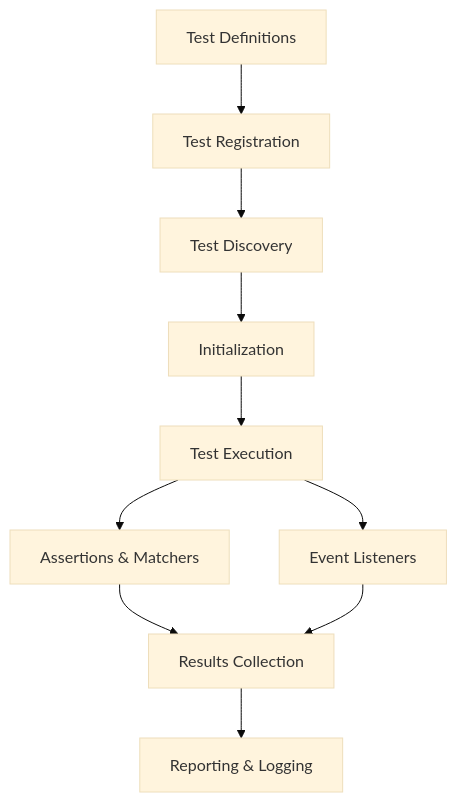
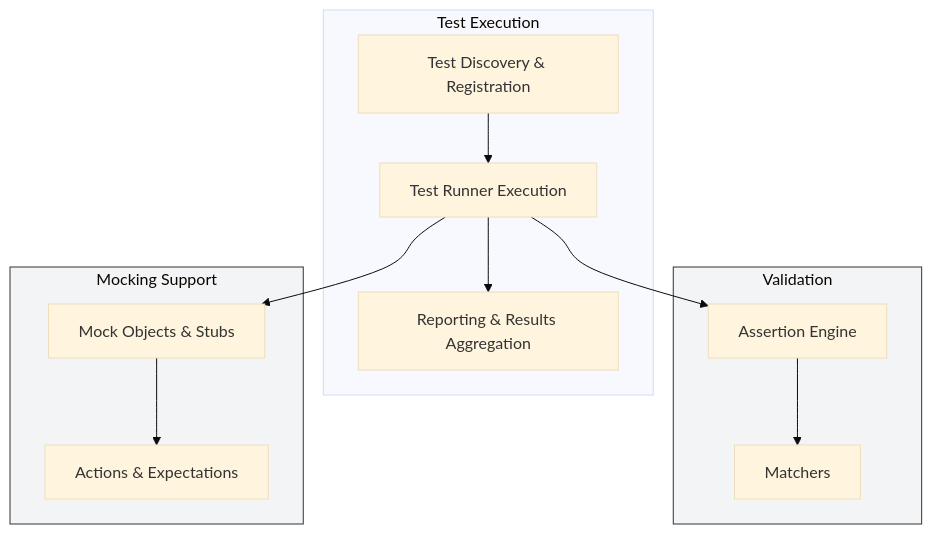
The diagram in overview/architecture-core-concepts/system-architecture.mdx (clidey/docucod-public-project-869ef7c3-7eff-4ad2-9765-2698303f14d7), drawn with Mermaid (base theme) before and after one commit. The commit also changed other lines of this file and 62 other files, not shown here.

````diff
--- a/overview/architecture-core-concepts/system-architecture.mdx
+++ b/overview/architecture-core-concepts/system-architecture.mdx
@@ -62,12 +71,30 @@
 ```mermaid
 flowchart TD
-  A[Test Definitions] --> B[Test Registration]
-  B --> C[Test Discovery]
-  C --> D[Initialization]
-  D --> E[Test Execution]
-  E --> F[Assertions & Matchers]
-  E --> G[Event Listeners]
-  F --> H[Results Collection]
-  G --> H
-  H --> I[Reporting & Logging]
+
+  subgraph Test Execution
+    DiscoverTests[Test Discovery & Registration]
+    RunTests[Test Runner Execution]
+    Report[Reporting & Results Aggregation]
+  end
+
+  subgraph Validation
+    Assertions[Assertion Engine]
+    Matchers[Matchers]
+  end
+
+  subgraph Mocking[Mocking Support]
+    MockObjects[Mock Objects & Stubs]
+    Expectations[Actions & Expectations]
+  end
+
+  DiscoverTests --> RunTests
+  RunTests --> Assertions
+  Assertions --> Matchers
+  RunTests --> MockObjects
+  MockObjects --> Expectations
+  RunTests --> Report
+
+  %% Styling
+  classDef component fill:#f3f4f6,stroke:#333,stroke-width:1px,rounded;
+  class TestExecution,Validation,Mocking component;
 ```
````
